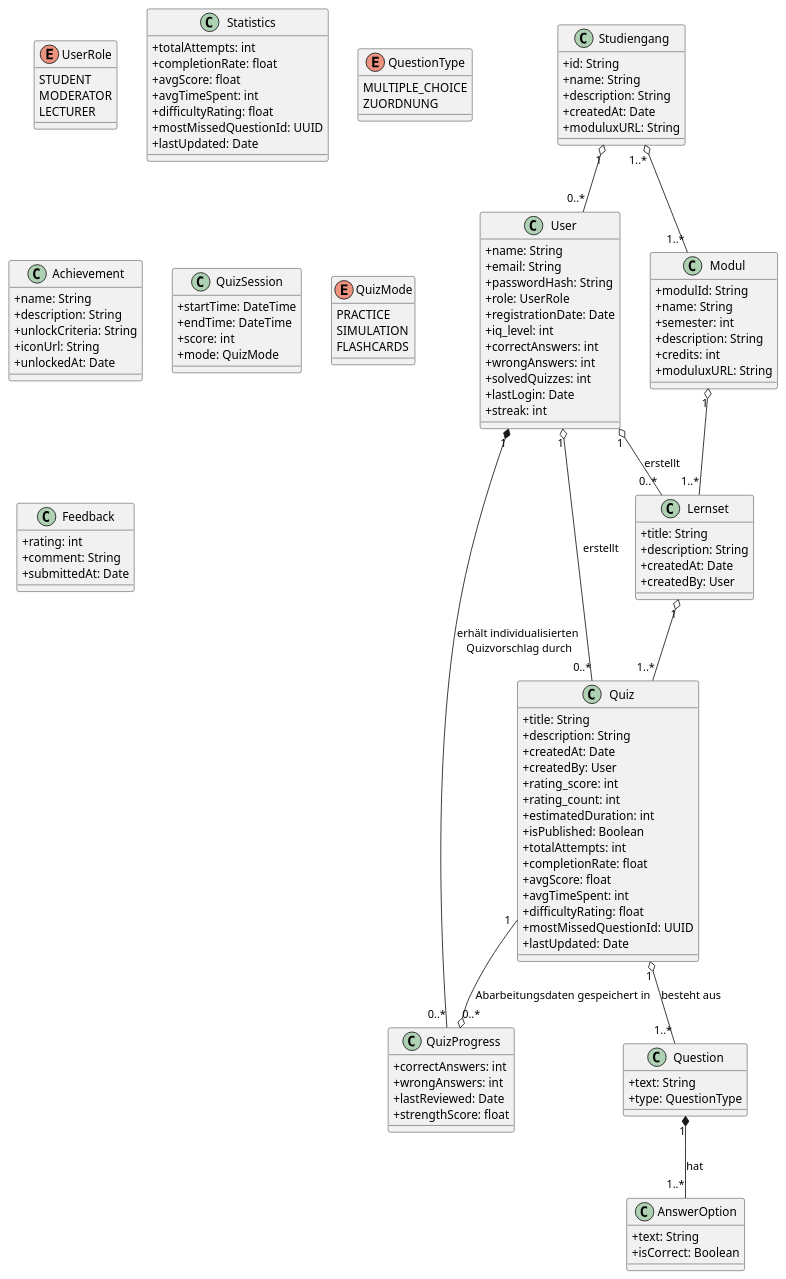
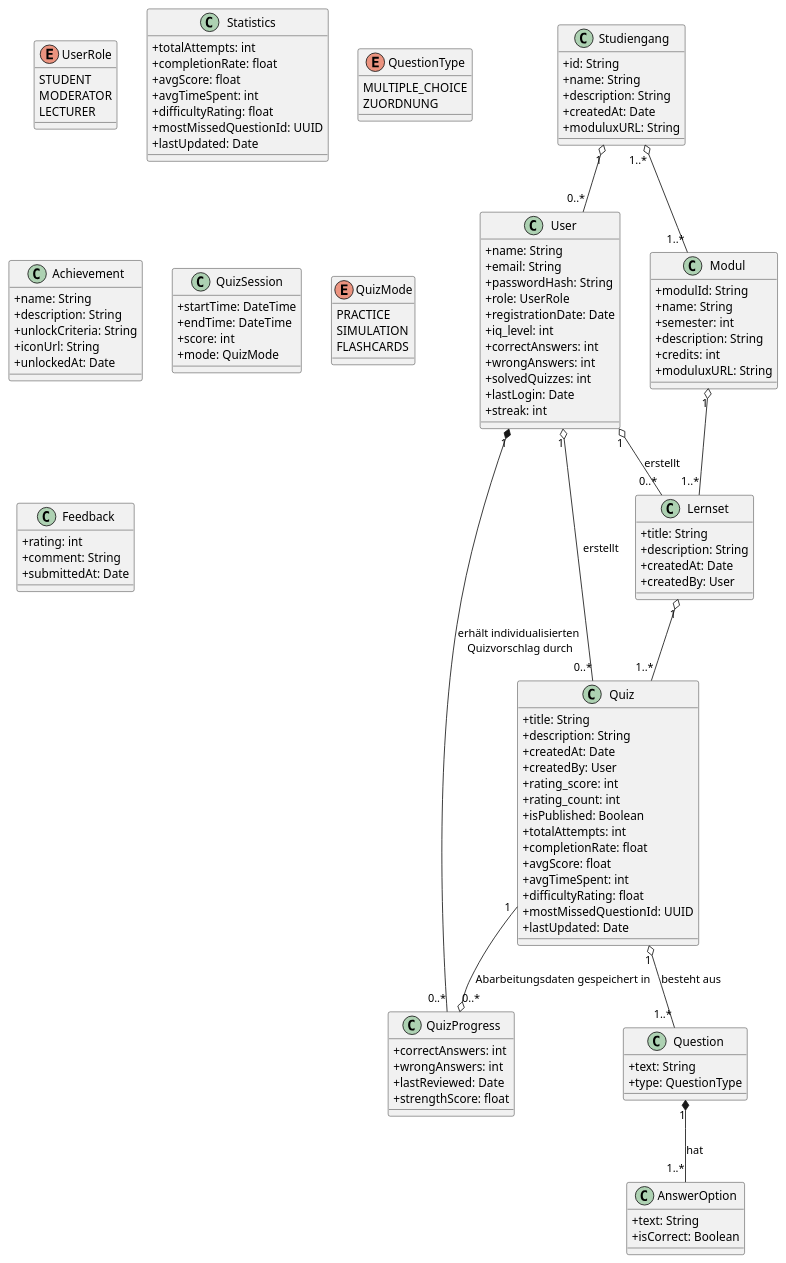
Before and after one commit to Gorg-tech/StudIQ: the diagram in docs/requirements/images/dommodell.puml, drawn with PlantUML.

Commit message:
estimated_time entfernt (war redundant)
Wir haben bereits avgTimeSpent

```diff
--- a/docs/requirements/images/dommodell.puml
+++ b/docs/requirements/images/dommodell.puml
@@ -1,156 +1,155 @@
 @startuml
 skinparam classAttributeIconSize 0
 
 ' ----------------------------
 '      Entitäten / Klassen
 ' ----------------------------
 
 class User {
   +name: String
   +email: String
   +passwordHash: String
   +role: UserRole
   +registrationDate: Date
   +iq_level: int
   +correctAnswers: int
   +wrongAnswers: int
   +solvedQuizzes: int 
   +lastLogin: Date
   'zusätzliche Speicherung der solvedQuizzes, 
   'da bei Referenz auf Quiz nach Löschen dieses Probleme entstehen
   +streak: int
 }
 
 enum UserRole {
   STUDENT
   MODERATOR
   LECTURER
 }
 
 class Modul {
   +modulId: String
   +name: String
   +semester: int
   +description: String
   +credits: int
   +moduluxURL: String
 }
 
 class Lernset {
   +title: String
   +description: String
   +createdAt: Date
   +createdBy: User
 }
 
 class Quiz {
   +title: String
   +description: String
   +createdAt: Date
   +createdBy: User
   +rating_score: int
   +rating_count: int
-  +estimatedDuration: int
   +isPublished: Boolean
   +totalAttempts: int
   +completionRate: float
   +avgScore: float
   +avgTimeSpent: int
   +difficultyRating: float
   +mostMissedQuestionId: UUID
   +lastUpdated: Date
 }
 
 class Statistics {
   +totalAttempts: int
   +completionRate: float
   +avgScore: float
   +avgTimeSpent: int
   +difficultyRating: float
   +mostMissedQuestionId: UUID
   +lastUpdated: Date
 }
 
 class Question {
   +text: String
   +type: QuestionType
 }
 
 enum QuestionType {
   MULTIPLE_CHOICE
   'FREITEXT
   ZUORDNUNG
 }
 
 class AnswerOption {
   +text: String
   +isCorrect: Boolean
 }
 
 class QuizProgress {
   +correctAnswers: int
   +wrongAnswers: int
   +lastReviewed: Date
   +strengthScore: float
 }
 
 class Achievement {
   +name: String
   +description: String
   +unlockCriteria: String
   +iconUrl: String
   +unlockedAt: Date
 }
 
 class QuizSession {
   +startTime: DateTime
   +endTime: DateTime
   +score: int
   +mode: QuizMode
 }
 
 enum QuizMode {
   PRACTICE
   SIMULATION
   FLASHCARDS
 }
 
 class Feedback {
   +rating: int
   +comment: String
   +submittedAt: Date
 }
 
 class Studiengang {
   +id: String
   +name: String
   +description: String
   +createdAt: Date
   +moduluxURL: String
 }
 
 
 ' ----------------------------
 '      Beziehungen
 ' ----------------------------
 User "1" *-- "0..*" QuizProgress : erhält individualisierten\n Quizvorschlag durch
 'User "1" *-- "0..*" QuizSession
 'User "1" o-- "0..*" Feedback
 'User "1" o-- "0..*" Achievement : erhält
 User "1" o-- "0..*" Quiz : erstellt
 User "1" o-- "0..*" Lernset : erstellt
 Studiengang "1" o-- "0..*" User
 
 'User "1" -- "0..*" StudyGroup : istMitglied
 'StudyGroup "1" -- "0..*" QuizSession : gemeinsameQuizze
 
 Modul "1" o-- "1..*" Lernset
 Lernset "1" o-- "1..*" Quiz
 Quiz "1" o-- "1..*" Question : besteht aus
 Question "1" *-- "1..*" AnswerOption : hat
 'Quiz "1" *-- "0..*" Feedback
 Quiz "1" --o "0..*" QuizProgress : Abarbeitungsdaten gespeichert in
 'Quiz "1" -- "1" Statistics : aggregierte Nutzungsdaten
 'Quiz "0..*" -- "1" LearningHistory : Referenz auf 
 Studiengang "1..*" o-- "1..*" Modul 
 @enduml
```
